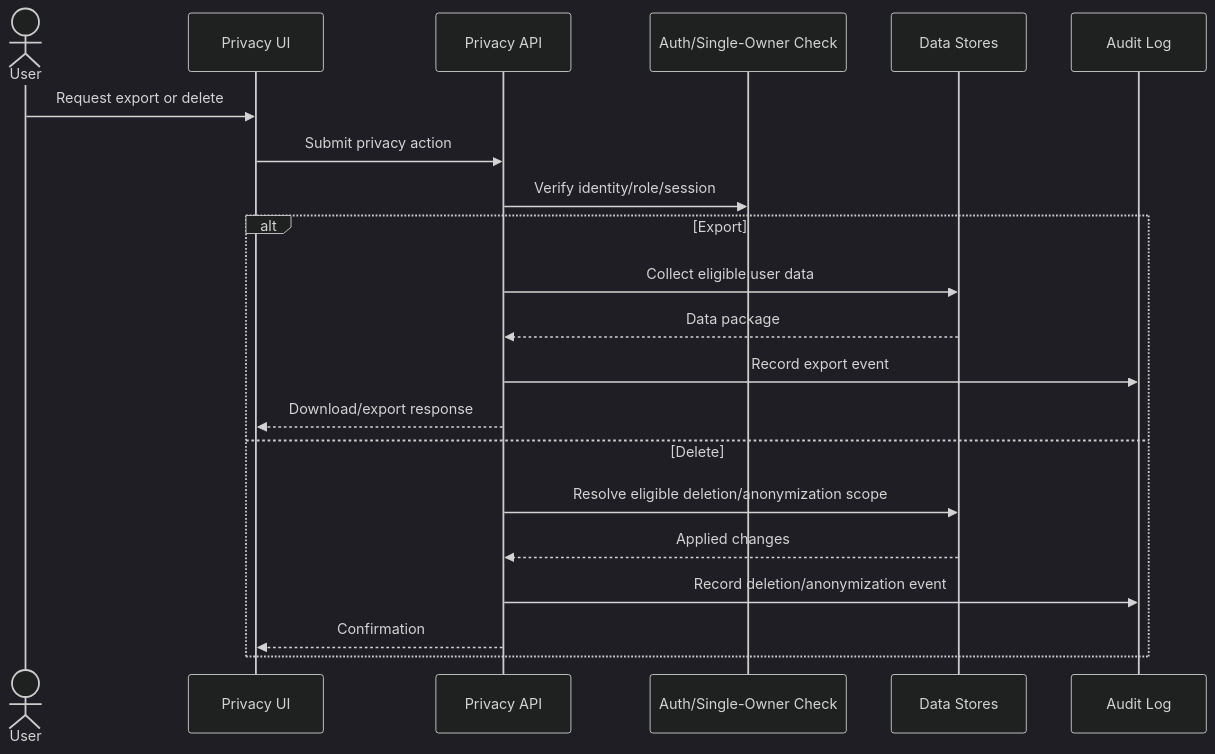
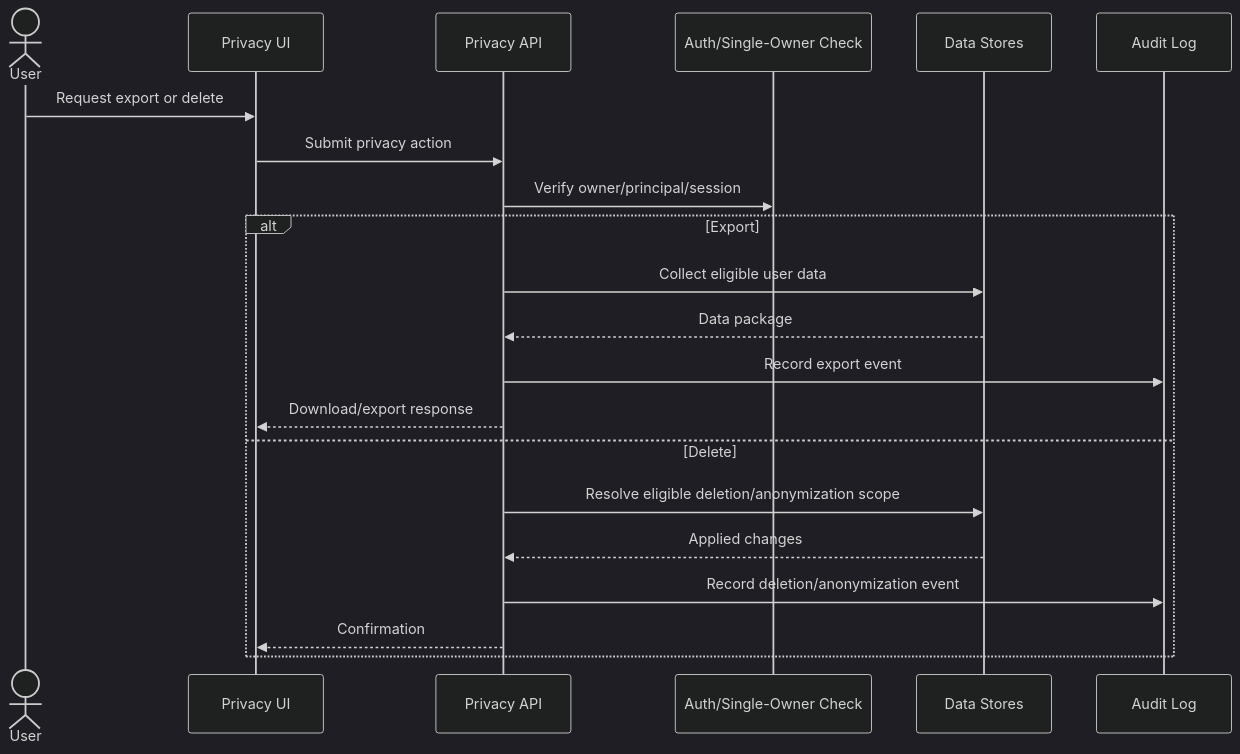
One commit to kherrera6219/DataLogicEngine changed the seventh of 10 diagrams in docs/SEQUENCE_DIAGRAMS.md. Above: the diagram before and after it, drawn with Mermaid (dark theme). The commit also changed other lines of this file and 69 other files, not shown here.

````diff
--- a/docs/SEQUENCE_DIAGRAMS.md
+++ b/docs/SEQUENCE_DIAGRAMS.md
@@ -232,24 +232,24 @@
 ```mermaid
 sequenceDiagram
     actor User
     participant UI as Privacy UI
     participant API as Privacy API
     participant Auth as Auth/Single-Owner Check
     participant Stores as Data Stores
     participant Audit as Audit Log
 
     User->>UI: Request export or delete
     UI->>API: Submit privacy action
-    API->>Auth: Verify identity/role/session
+    API->>Auth: Verify owner/principal/session
     alt Export
         API->>Stores: Collect eligible user data
         Stores-->>API: Data package
         API->>Audit: Record export event
         API-->>UI: Download/export response
     else Delete
         API->>Stores: Resolve eligible deletion/anonymization scope
         Stores-->>API: Applied changes
         API->>Audit: Record deletion/anonymization event
         API-->>UI: Confirmation
     end
 ```
````
